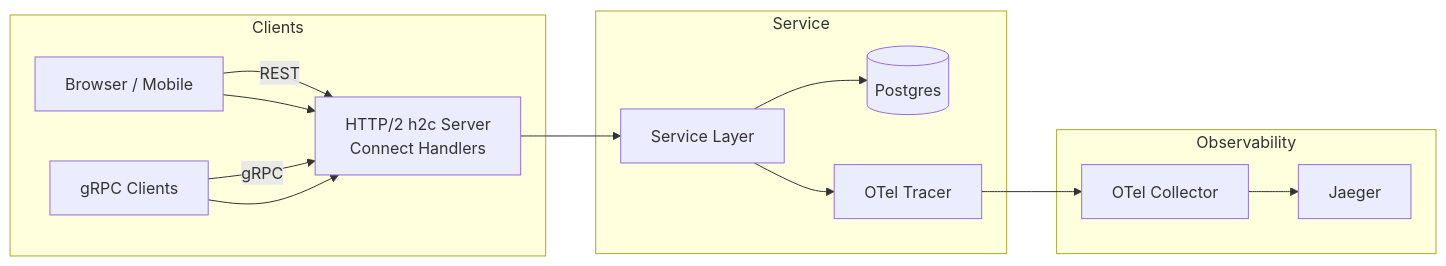
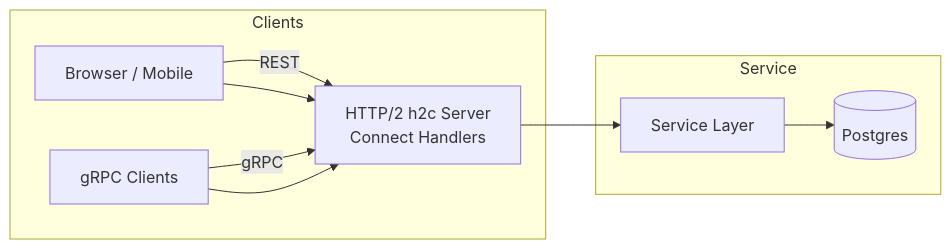
One commit to dipjyotimetia/gRPC-buf changed the first of 3 diagrams in docs/architecture.md. Above: the diagram before and after it, drawn with Mermaid. The commit also changed other lines of this file and 44 other files, not shown here.

````diff
--- a/docs/architecture.md
+++ b/docs/architecture.md
@@ -7,27 +7,21 @@
 ```mermaid
 flowchart LR
   subgraph Clients
     A[Browser / Mobile]-- REST -->G
     B[gRPC Clients]-- gRPC -->G
   end
 
   subgraph Service
     G[HTTP/2 h2c Server\nConnect Handlers]
     S[Service Layer]
     D[(Postgres)]
-    T[OTel Tracer]
   end
 
   A-->G
   B-->G
   G-->S
   S-->D
-  S-->T
+  
 
-  subgraph Observability
-    O[OTel Collector]
-    J[Jaeger]
-  end
-
-  T-->O-->J
+ 
 ```
````
